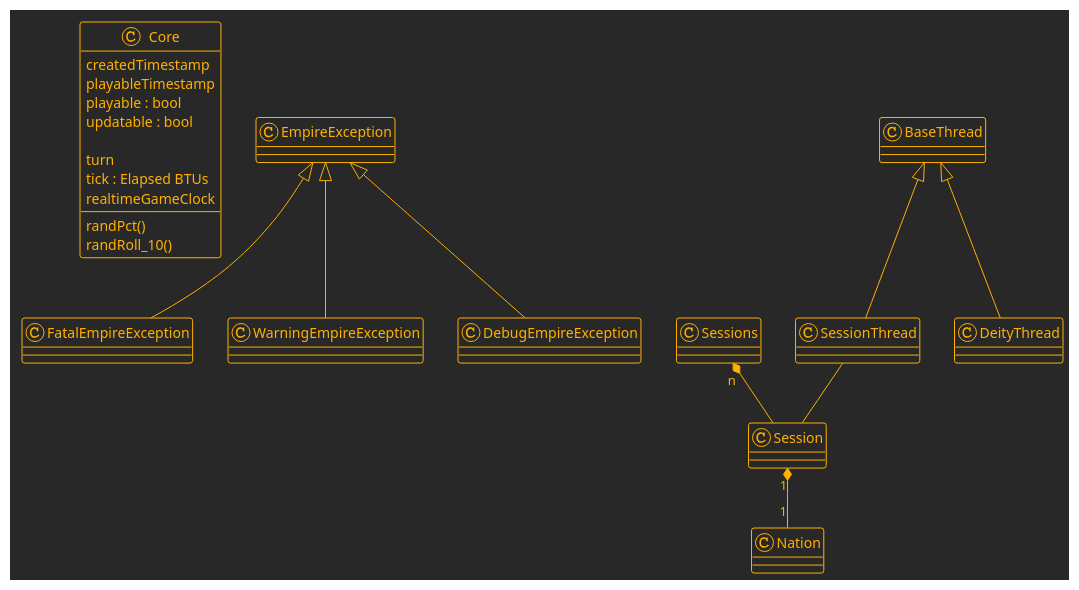
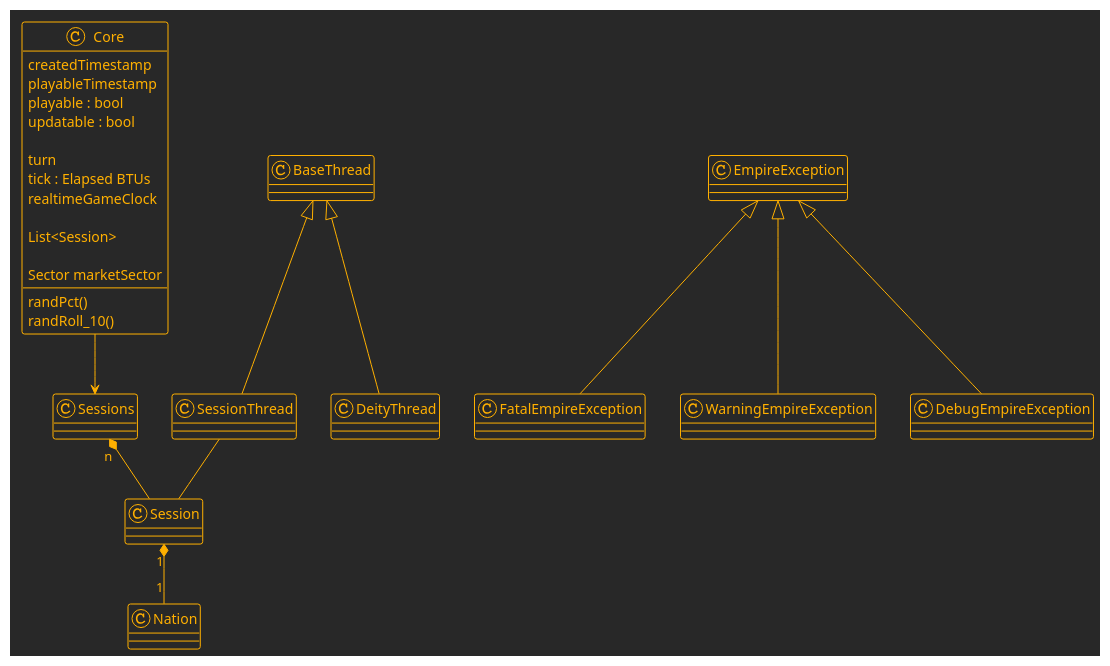
One commit to marknelsonengineer/empire changed the second of 13 diagrams in API_DESIGN.md. Above: the diagram before and after it, drawn with PlantUML. The commit also changed other lines of this file and 3 other files, not shown here.

```diff
--- a/API_DESIGN.md
+++ b/API_DESIGN.md
@@ -115,36 +120,40 @@
 @startuml
 !theme crt-amber
 
 class Core {
   createdTimestamp
   playableTimestamp
   playable : bool
   updatable : bool
 
   turn
   tick : Elapsed BTUs
   realtimeGameClock
 
+  List<Session>
+
+  Sector marketSector
+
   randPct()
   randRoll_10()
-
 }
 
 class EmpireException
 class Sessions
 class Session
 class Nation
 class BaseThread
 class SessionThread
 class DeityThread
 
+Core          -->     Sessions
 Sessions "n"  *--     Session
 Session "1"   *-- "1" Nation
 BaseThread    <|--    SessionThread
 BaseThread    <|--    DeityThread
 SessionThread --      Session
 EmpireException <|-- FatalEmpireException
 EmpireException <|-- WarningEmpireException
 EmpireException <|-- DebugEmpireException
 
 @enduml
```
